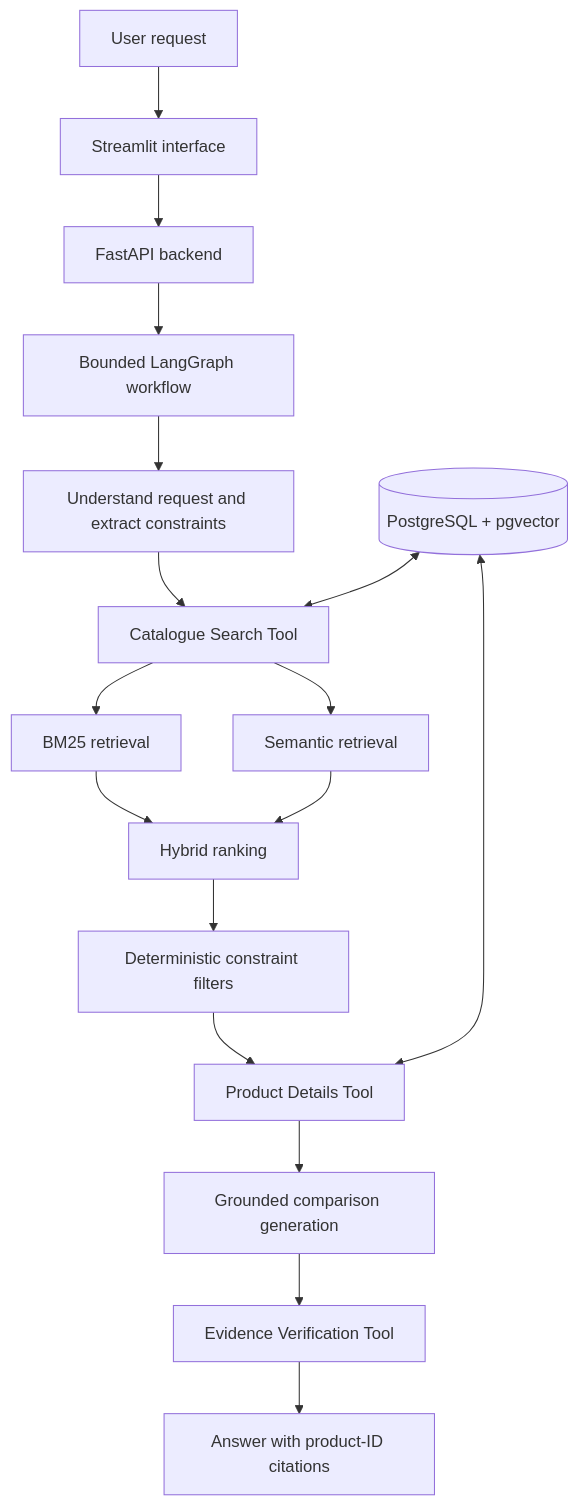
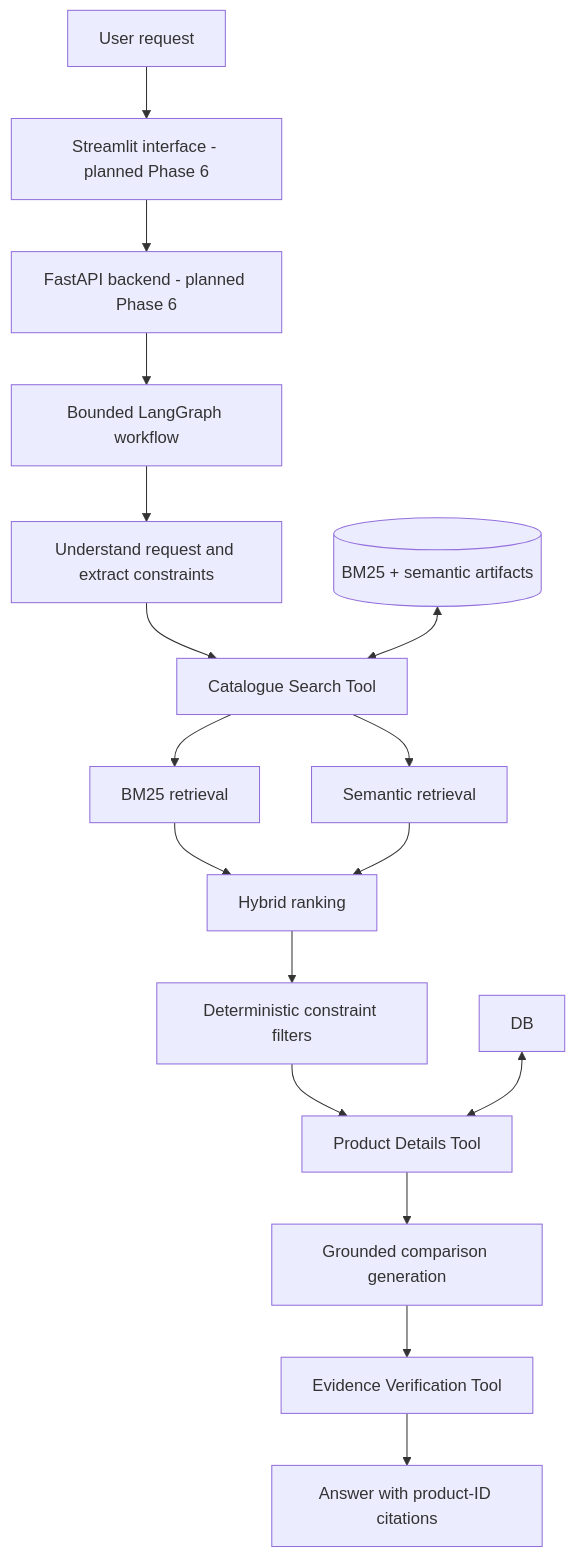
The diagram in README.md (singlamohak16/SearchRank-AI), drawn with Mermaid before and after one commit. The commit also changed other lines of this file and 5 other files, not shown here.

Commit message:
docs(agent): document Phase 5 architecture and validation

````diff
--- a/README.md
+++ b/README.md
@@ -76,19 +83,19 @@
 ```mermaid
 flowchart TD
-    U[User request] --> UI[Streamlit interface]
-    UI --> API[FastAPI backend]
+    U[User request] --> UI[Streamlit interface - planned Phase 6]
+    UI --> API[FastAPI backend - planned Phase 6]
     API --> G[Bounded LangGraph workflow]
     G --> Q[Understand request and extract constraints]
     Q --> S[Catalogue Search Tool]
     S --> B[BM25 retrieval]
     S --> E[Semantic retrieval]
     B --> H[Hybrid ranking]
     E --> H
     H --> F[Deterministic constraint filters]
     F --> D[Product Details Tool]
     D --> L[Grounded comparison generation]
     L --> V[Evidence Verification Tool]
     V --> R[Answer with product-ID citations]
-    DB[(PostgreSQL + pgvector)] <--> S
+    IDX[(BM25 + semantic artifacts)] <--> S
     DB <--> D
 ```
````
